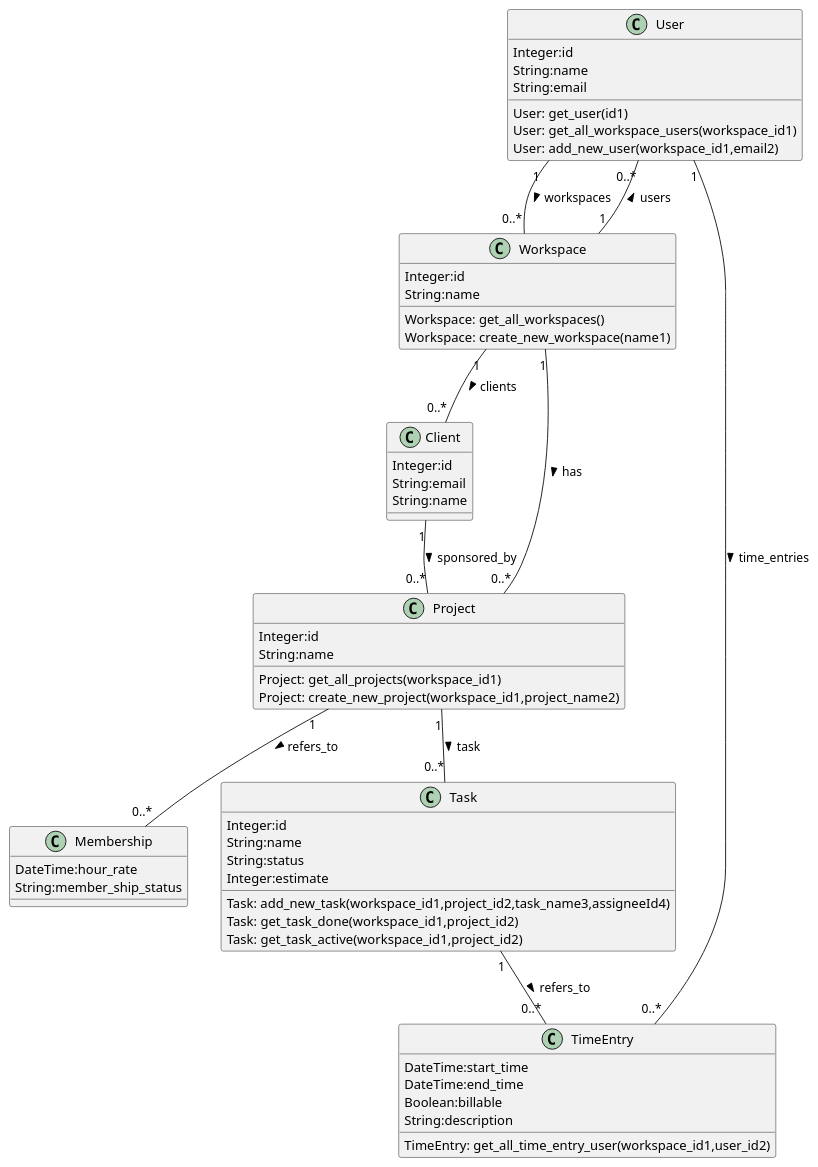
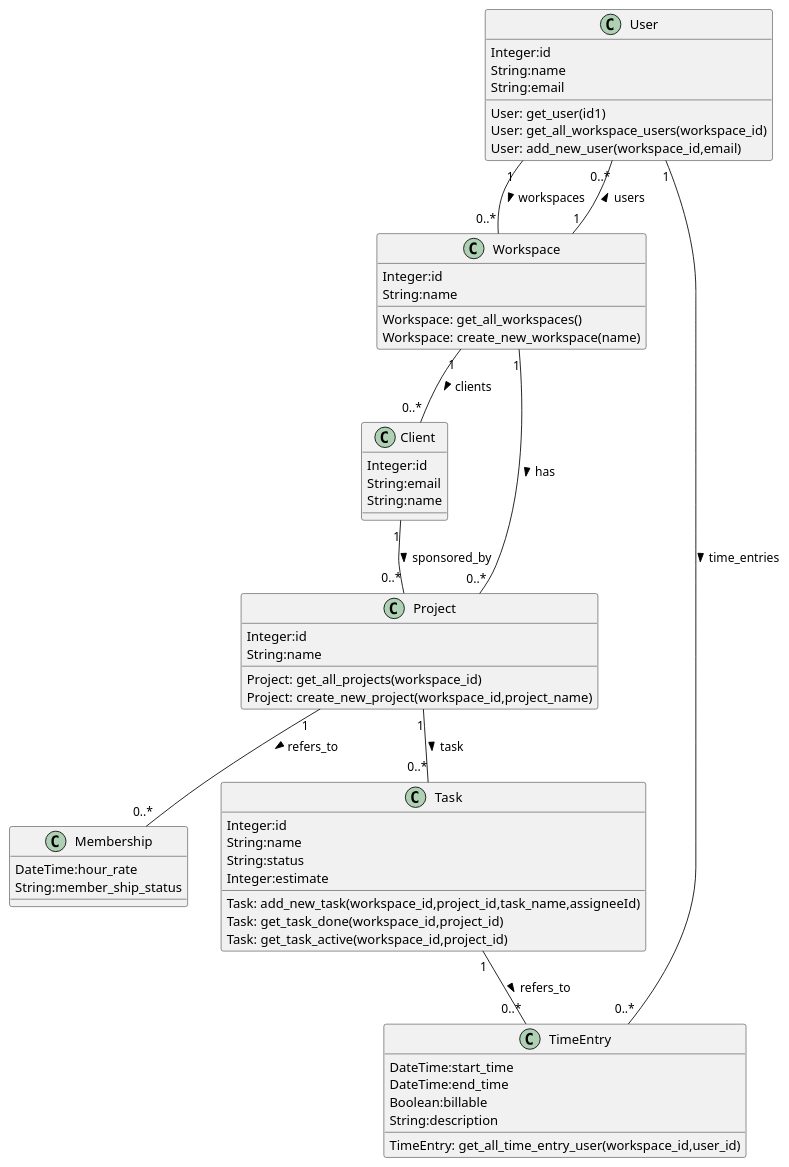
Before and after one commit to BradyRyun/clockify-python: the diagram in src/docs/classdiagram.puml, drawn with PlantUML. The commit also changed 1 other file, not shown here.

```diff
--- a/src/docs/classdiagram.puml
+++ b/src/docs/classdiagram.puml
@@ -1,71 +1,71 @@
 @startuml
 class Client{
 	Integer:id
 	String:email
 	String:name
 }
 
 Client "1" -- "0..*" Project : sponsored_by >
 
 class Project{
 	Integer:id
 	String:name
-	Project: get_all_projects(workspace_id1)
-	Project: create_new_project(workspace_id1,project_name2)
+	Project: get_all_projects(workspace_id)
+	Project: create_new_project(workspace_id,project_name)
 }
 
 Project "1" -- "0..*" Membership : refers_to >
 Project "1" -- "0..*" Task : task >
 
 class Task{
 	Integer:id
 	String:name
 	String:status
 	Integer:estimate
-	Task: add_new_task(workspace_id1,project_id2,task_name3,assigneeId4)
-	Task: get_task_done(workspace_id1,project_id2)
-	Task: get_task_active(workspace_id1,project_id2)
+	Task: add_new_task(workspace_id,project_id,task_name,assigneeId)
+	Task: get_task_done(workspace_id,project_id)
+	Task: get_task_active(workspace_id,project_id)
 }
 
 Task "1" -- "0..*" TimeEntry : refers_to >
 
 class Workspace{
 	Integer:id
 	String:name
 	Workspace: get_all_workspaces()
-	Workspace: create_new_workspace(name1)
+	Workspace: create_new_workspace(name)
 }
 
 Workspace "1" -- "0..*" Project : has >
 Workspace "1" -- "0..*" User : users >
 Workspace "1" -- "0..*" Client : clients >
 
 class TimeEntry{
 	DateTime:start_time
 	DateTime:end_time
 	Boolean:billable
 	String:description
-	TimeEntry: get_all_time_entry_user(workspace_id1,user_id2)
+	TimeEntry: get_all_time_entry_user(workspace_id,user_id)
 }
 
 
 class User{
 	Integer:id
 	String:name
 	String:email
 	User: get_user(id1)
-	User: get_all_workspace_users(workspace_id1)
-	User: add_new_user(workspace_id1,email2)
+	User: get_all_workspace_users(workspace_id)
+	User: add_new_user(workspace_id,email)
 }
 
 User "1" -- "0..*" TimeEntry : time_entries >
 User "1" -- "0..*" Workspace : workspaces >
 
 class Membership{
 	DateTime:hour_rate
 	String:member_ship_status
 }
 
 
 
 @enduml
```
